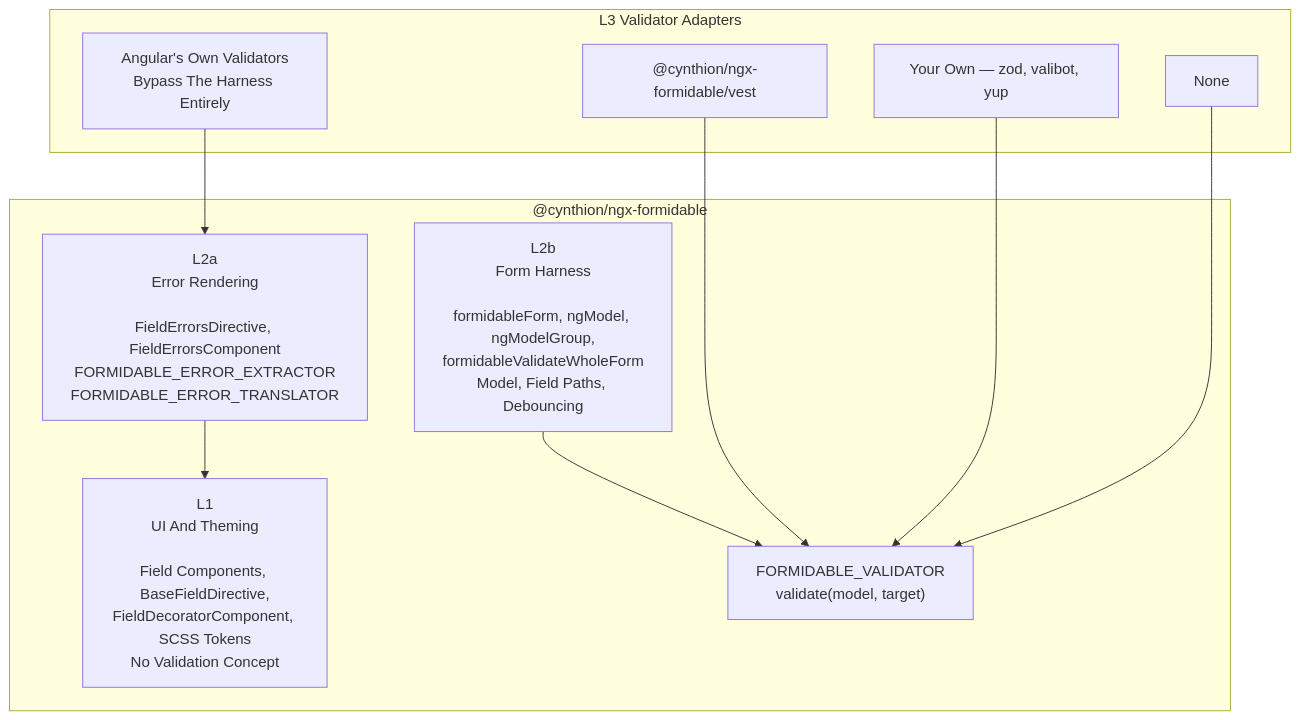
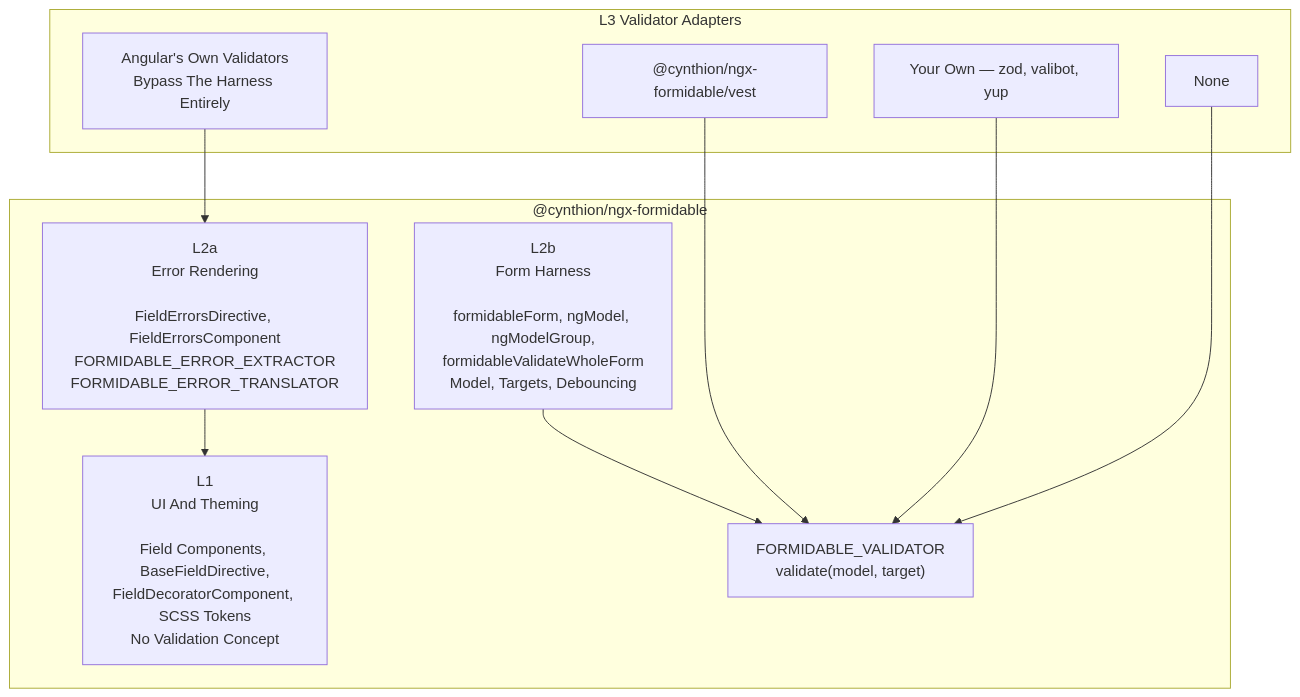
The diagram in .documentation/tech/validation.md (Cynthion/ngx-formidable), drawn with Mermaid before and after one commit. The commit also changed other lines of this file and 33 other files, not shown here.

````diff
--- a/.documentation/tech/validation.md
+++ b/.documentation/tech/validation.md
@@ -7,22 +7,22 @@
 ```mermaid
 flowchart TB
   subgraph Core["@cynthion/ngx-formidable"]
     L1["L1<br/>UI And Theming<br/><br/>Field Components, BaseFieldDirective,<br/>FieldDecoratorComponent, SCSS Tokens<br/>No Validation Concept"]
     L2a["L2a<br/>Error Rendering<br/><br/>FieldErrorsDirective, FieldErrorsComponent<br/>FORMIDABLE_ERROR_EXTRACTOR<br/>FORMIDABLE_ERROR_TRANSLATOR"]
-    L2b["L2b<br/>Form Harness<br/><br/>formidableForm, ngModel, ngModelGroup,<br/>formidableValidateWholeForm<br/>Model, Field Paths, Debouncing"]
+    L2b["L2b<br/>Form Harness<br/><br/>formidableForm, ngModel, ngModelGroup,<br/>formidableValidateWholeForm<br/>Model, Targets, Debouncing"]
     Seam["FORMIDABLE_VALIDATOR<br/>validate(model, target)"]
   end
   subgraph Adapters["L3 Validator Adapters"]
     Vest["@cynthion/ngx-formidable/vest"]
     Own["Your Own — zod, valibot, yup"]
     Angular["Angular's Own Validators<br/>Bypass The Harness Entirely"]
     None["None"]
   end
 
   L2b --> Seam
   Vest --> Seam
   Own --> Seam
   Angular --> L2a
   None --> Seam
   L2a --> L1
 ```
````
